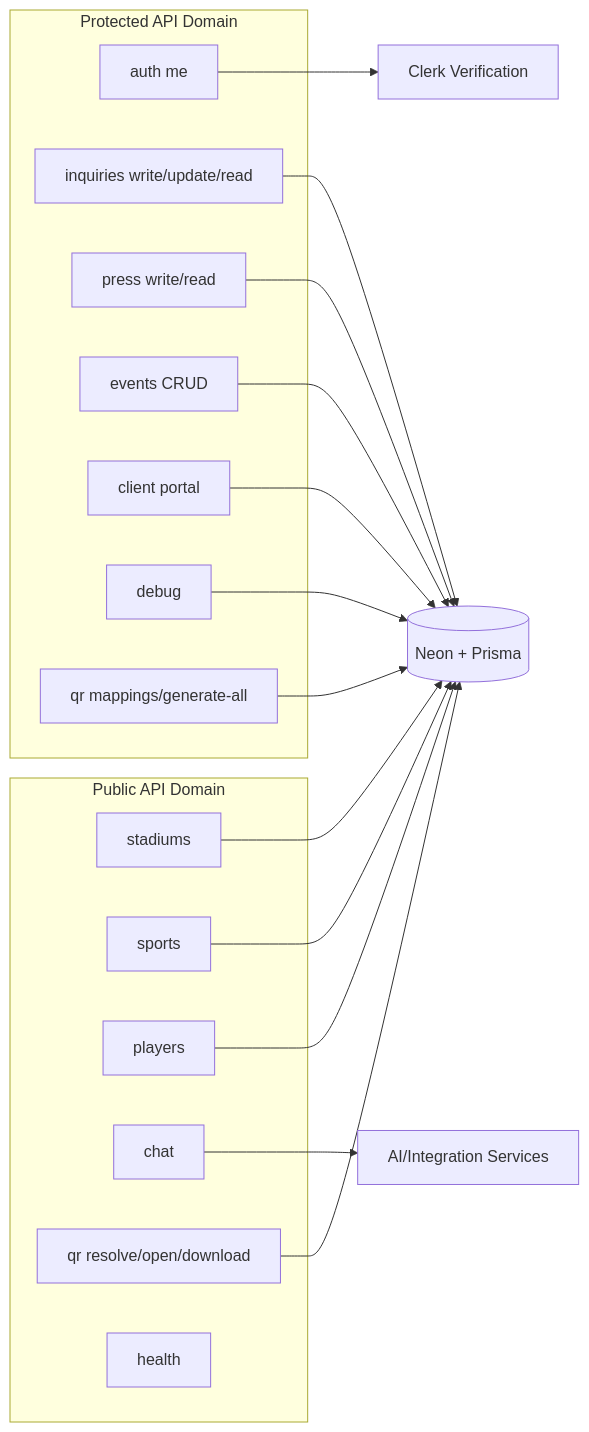
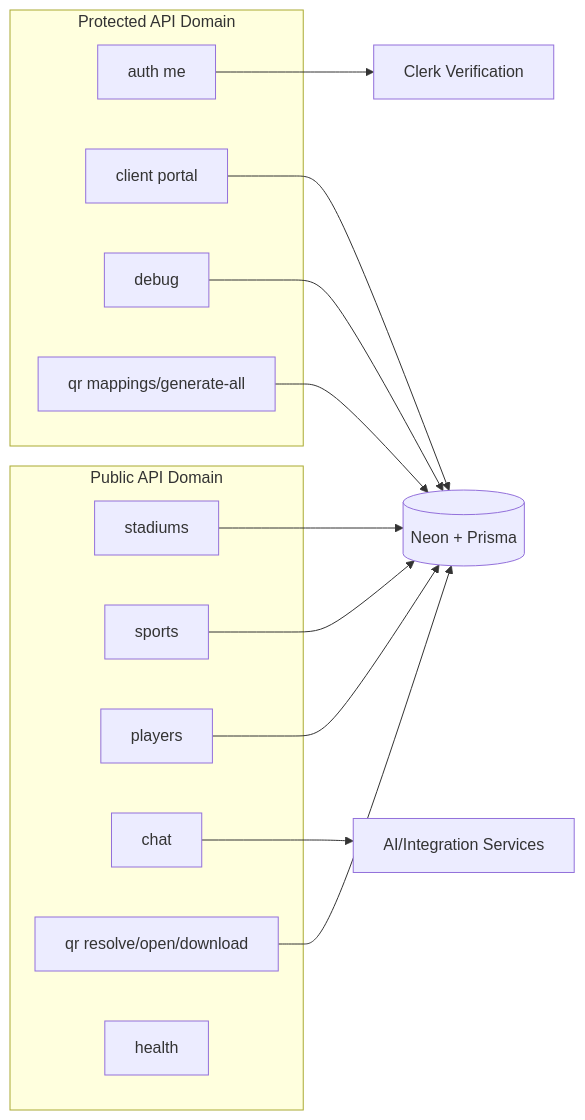
Before and after one commit to Prakshit0902/InStadiumApp: diagram 13 of 15 in README.md, drawn with Mermaid. The commit also changed other lines of this file, not shown here.

Commit message:
functional mindmap updated

````diff
--- a/README.md
+++ b/README.md
@@ -430,34 +383,28 @@
 ```mermaid
 flowchart LR
       subgraph Public API Domain
          A[stadiums]
          B[sports]
          C[players]
          D[chat]
          E[qr resolve/open/download]
          F[health]
       end
 
       subgraph Protected API Domain
          G[auth me]
-         H[inquiries write/update/read]
-         I[press write/read]
-         J[events CRUD]
          K[client portal]
          L[debug]
          M[qr mappings/generate-all]
       end
 
       A --> DB[(Neon + Prisma)]
       B --> DB
       C --> DB
       D --> EXT[AI/Integration Services]
       E --> DB
       G --> AUTH[Clerk Verification]
-      H --> DB
-      I --> DB
-      J --> DB
       K --> DB
       L --> DB
       M --> DB
 ```
````
